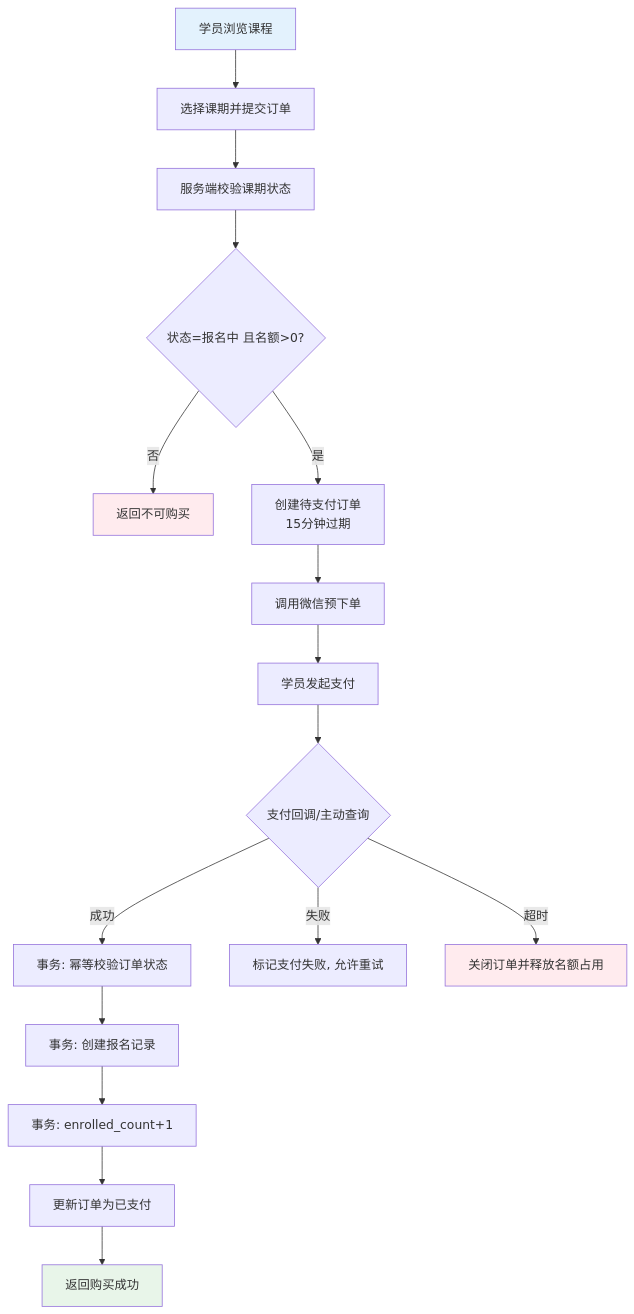
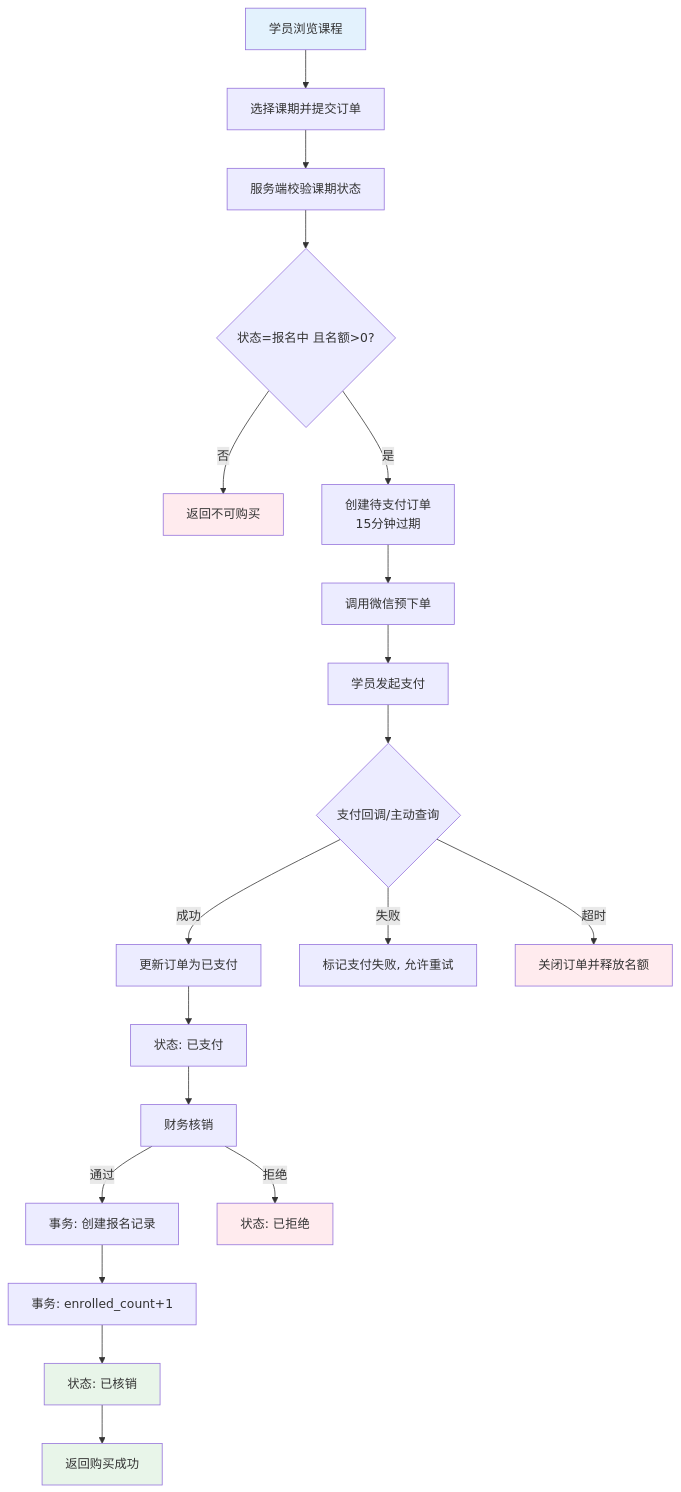
Before and after one commit to zingxy/side-job: the fourth of 9 diagrams in 课程培训平台/PRD.md, drawn with Mermaid. The commit also changed other lines of this file and 1 other file, not shown here.

````diff
--- a/课程培训平台/PRD.md
+++ b/课程培训平台/PRD.md
@@ -468,23 +554,28 @@
 ```mermaid
 flowchart TD
     A[学员浏览课程] --> B[选择课期并提交订单]
     B --> C[服务端校验课期状态]
     C --> D{状态=报名中 且名额>0?}
     D -->|否| E[返回不可购买]
     D -->|是| F[创建待支付订单<br/>15分钟过期]
     F --> G[调用微信预下单]
     G --> H[学员发起支付]
     H --> I{支付回调/主动查询}
-    I -->|成功| J[事务: 幂等校验订单状态]
-    J --> K[事务: 创建报名记录]
-    K --> L[事务: enrolled_count+1]
-    L --> M[更新订单为已支付]
-    I -->|失败| N[标记支付失败, 允许重试]
-    I -->|超时| O[关闭订单并释放名额占用]
-    M --> P[返回购买成功]
+    I -->|成功| J[更新订单为已支付]
+    J --> K[状态: 已支付]
+    K --> L[财务核销]
+    L -->|通过| M[事务: 创建报名记录]
+    M --> N[事务: enrolled_count+1]
+    N --> O[状态: 已核销]
+    I -->|失败| P[标记支付失败, 允许重试]
+    I -->|超时| Q[关闭订单并释放名额]
+    L -->|拒绝| R[状态: 已拒绝]
+    O --> S[返回购买成功]
 
     style A fill:#e3f2fd
-    style P fill:#e8f5e9
+    style O fill:#e8f5e9
+    style S fill:#e8f5e9
     style E fill:#ffebee
-    style O fill:#ffebee
+    style Q fill:#ffebee
+    style R fill:#ffebee
 ```
````
